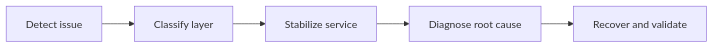
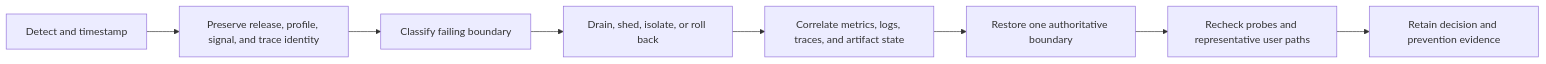
The first of 2 diagrams in docs/bijux-atlas-ops/observability/incident-response.md (bijux/bijux-atlas), drawn with Mermaid before and after one commit. The commit also changed other lines of this file and 2 other files, not shown here.

````diff
--- a/docs/bijux-atlas-ops/observability/incident-response.md
+++ b/docs/bijux-atlas-ops/observability/incident-response.md
@@ -31,7 +18,10 @@
 ```mermaid
 flowchart LR
-    Detect[Detect issue] --> Classify[Classify layer]
-    Classify --> Stabilize[Stabilize service]
-    Stabilize --> Diagnose[Diagnose root cause]
-    Diagnose --> Recover[Recover and validate]
+    Detect[Detect and timestamp] --> Preserve[Preserve release, profile, signal, and trace identity]
+    Preserve --> Classify[Classify failing boundary]
+    Classify --> Stabilize[Drain, shed, isolate, or roll back]
+    Stabilize --> Diagnose[Correlate metrics, logs, traces, and artifact state]
+    Diagnose --> Recover[Restore one authoritative boundary]
+    Recover --> Validate[Recheck probes and representative user paths]
+    Validate --> Record[Retain decision and prevention evidence]
 ```
````
